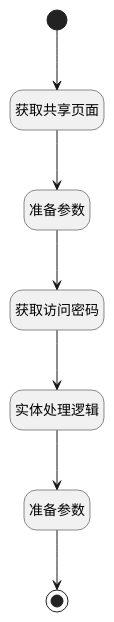
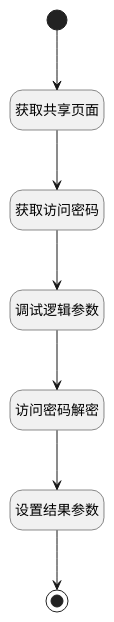
One commit to iBizLab/plm changed the diagram in doc/docsify/module/Wiki/article_page/logic/get_shared_info.md. Above: the diagram before and after it, drawn with PlantUML. The commit also changed other lines of this file and 1778 other files, not shown here.

````diff
--- a/doc/docsify/module/Wiki/article_page/logic/get_shared_info.md
+++ b/doc/docsify/module/Wiki/article_page/logic/get_shared_info.md
@@ -7,29 +7,29 @@
 ```plantuml
 @startuml
 hide empty description
 <style>
 root {
   HyperlinkColor #42b983
 }
 </style>
 
 hide empty description
 state "开始" as Begin <<start>> [[$./get_shared_info#begin {"开始"}]]
 state "获取共享页面" as DEACTION1  [[$./get_shared_info#deaction1 {"获取共享页面"}]]
-state "准备参数" as PREPAREPARAM1  [[$./get_shared_info#prepareparam1 {"准备参数"}]]
 state "获取访问密码" as RAWSQLCALL1  [[$./get_shared_info#rawsqlcall1 {"获取访问密码"}]]
-state "实体处理逻辑" as DELOGIC1  [[$./get_shared_info#delogic1 {"实体处理逻辑"}]]
-state "准备参数" as PREPAREPARAM2  [[$./get_shared_info#prepareparam2 {"准备参数"}]]
+state "访问密码解密" as DELOGIC1  [[$./get_shared_info#delogic1 {"访问密码解密"}]]
+state "调试逻辑参数" as DEBUGPARAM1  [[$./get_shared_info#debugparam1 {"调试逻辑参数"}]]
+state "设置结果参数" as PREPAREPARAM2  [[$./get_shared_info#prepareparam2 {"设置结果参数"}]]
 state "结束" as END1 <<end>> [[$./get_shared_info#end1 {"结束"}]]
 
 
 Begin --> DEACTION1
-DEACTION1 --> PREPAREPARAM1
-PREPAREPARAM1 --> RAWSQLCALL1
-RAWSQLCALL1 --> DELOGIC1
+DEACTION1 --> RAWSQLCALL1
+RAWSQLCALL1 --> DEBUGPARAM1
+DEBUGPARAM1 --> DELOGIC1
 DELOGIC1 --> PREPAREPARAM2
 PREPAREPARAM2 --> END1
 
 
 @enduml
 ```
````
